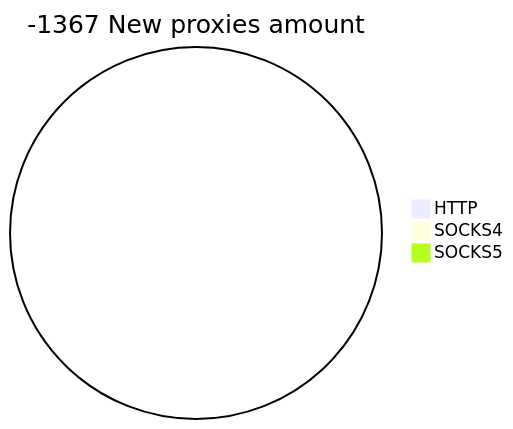
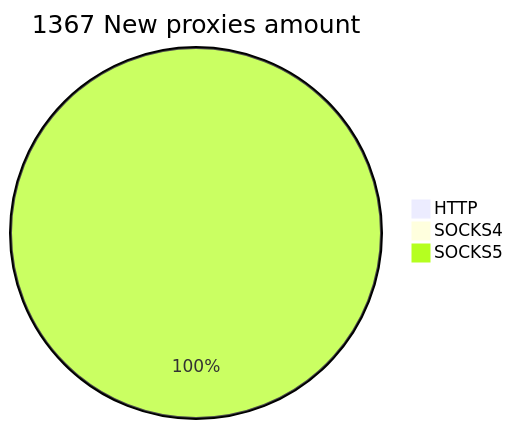
One commit to cutipu/proxylist changed the second of 2 diagrams in README.md. Above: the diagram before and after it, drawn with Mermaid. The commit also changed other lines of this file, not shown here.

````diff
--- a/README.md
+++ b/README.md
@@ -10,6 +10,6 @@
 ```mermaid
-pie title -1367 New proxies amount
+pie title 1367 New proxies amount
     "HTTP" : 0
     "SOCKS4" : 0
-    "SOCKS5" : 0
+    "SOCKS5" : 1367
 ```
````
